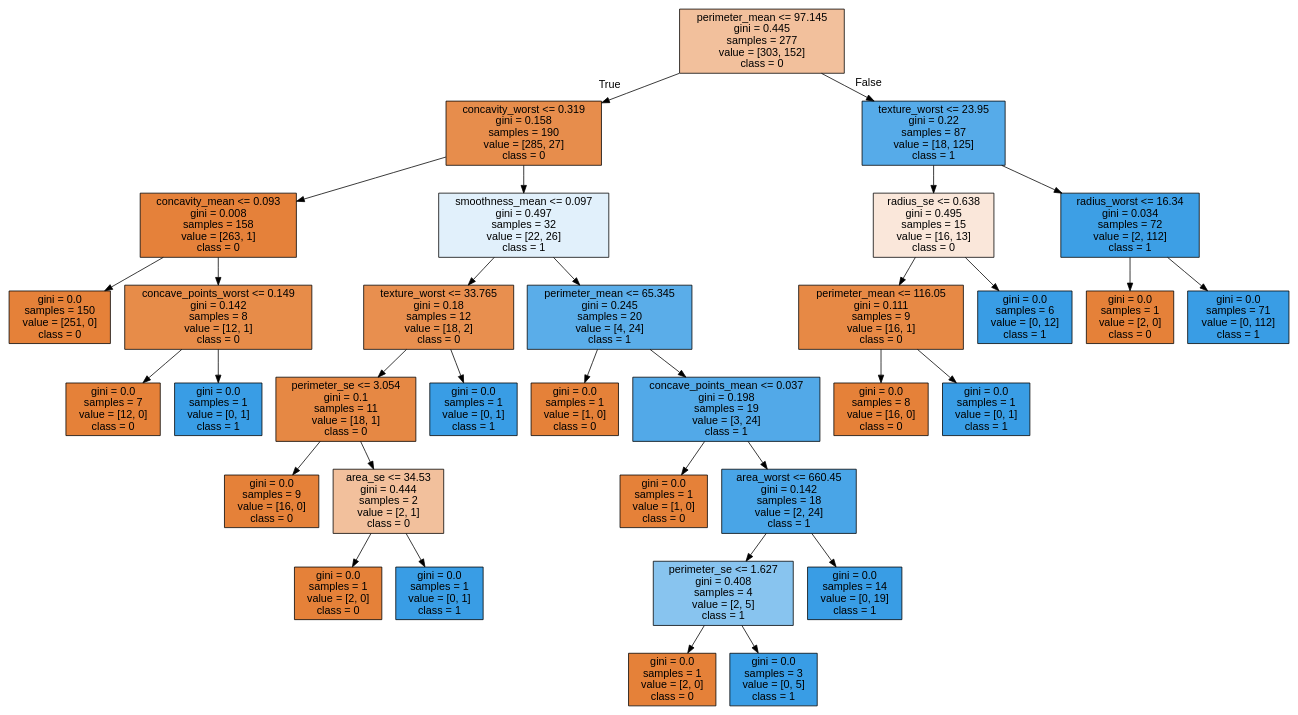
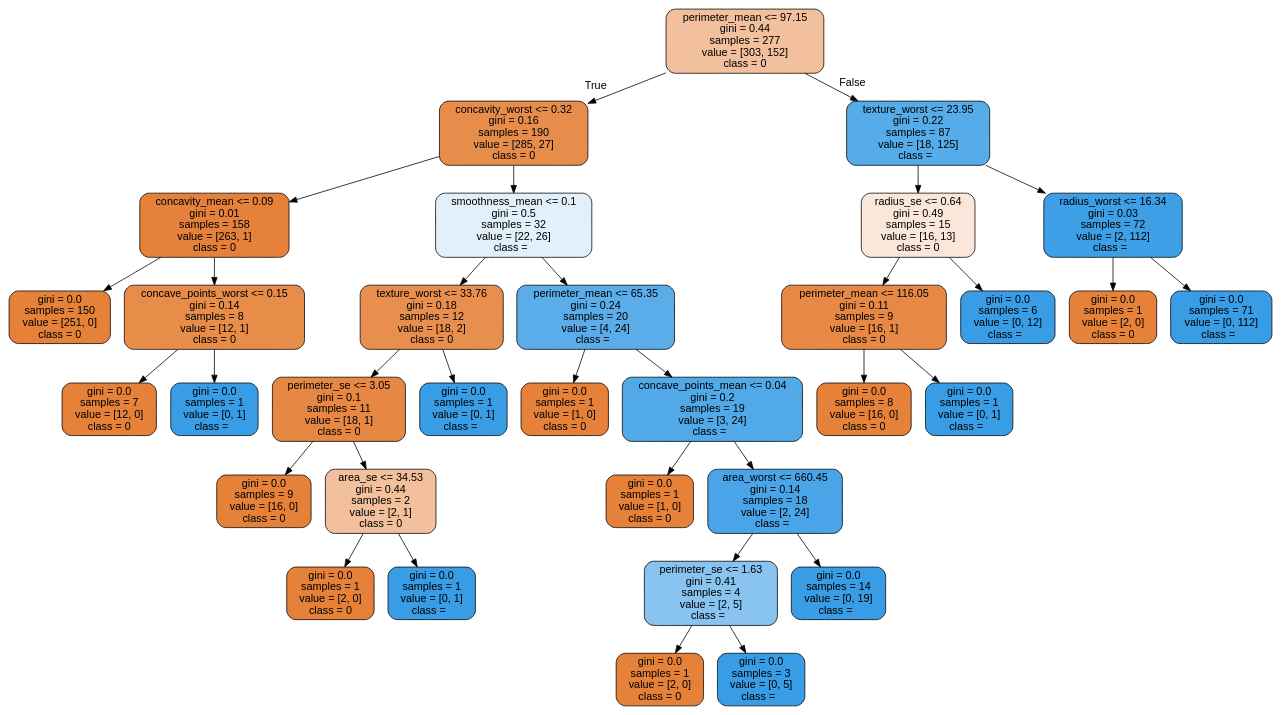
The diagram in data/breast-cancer/tree.dot (cyrilvincent/ML), drawn with Graphviz before and after one commit. The commit also changed 2 other files, not shown here.

```diff
--- a/data/breast-cancer/tree.dot
+++ b/data/breast-cancer/tree.dot
@@ -1,69 +1,69 @@
 digraph Tree {
-node [shape=box, style="filled", color="black", fontname="helvetica"] ;
+node [shape=box, style="filled, rounded", color="black", fontname="helvetica"] ;
 edge [fontname="helvetica"] ;
-0 [label="perimeter_mean <= 97.145\ngini = 0.445\nsamples = 277\nvalue = [303, 152]\nclass = 0", fillcolor="#f2c09c"] ;
-1 [label="concavity_worst <= 0.319\ngini = 0.158\nsamples = 190\nvalue = [285, 27]\nclass = 0", fillcolor="#e78d4c"] ;
+0 [label="perimeter_mean <= 97.15\ngini = 0.44\nsamples = 277\nvalue = [303, 152]\nclass = 0", fillcolor="#f2c09c"] ;
+1 [label="concavity_worst <= 0.32\ngini = 0.16\nsamples = 190\nvalue = [285, 27]\nclass = 0", fillcolor="#e78d4c"] ;
 0 -> 1 [labeldistance=2.5, labelangle=45, headlabel="True"] ;
-2 [label="concavity_mean <= 0.093\ngini = 0.008\nsamples = 158\nvalue = [263, 1]\nclass = 0", fillcolor="#e5813a"] ;
+2 [label="concavity_mean <= 0.09\ngini = 0.01\nsamples = 158\nvalue = [263, 1]\nclass = 0", fillcolor="#e5813a"] ;
 1 -> 2 ;
 3 [label="gini = 0.0\nsamples = 150\nvalue = [251, 0]\nclass = 0", fillcolor="#e58139"] ;
 2 -> 3 ;
-4 [label="concave_points_worst <= 0.149\ngini = 0.142\nsamples = 8\nvalue = [12, 1]\nclass = 0", fillcolor="#e78c49"] ;
+4 [label="concave_points_worst <= 0.15\ngini = 0.14\nsamples = 8\nvalue = [12, 1]\nclass = 0", fillcolor="#e78c49"] ;
 2 -> 4 ;
 5 [label="gini = 0.0\nsamples = 7\nvalue = [12, 0]\nclass = 0", fillcolor="#e58139"] ;
 4 -> 5 ;
-6 [label="gini = 0.0\nsamples = 1\nvalue = [0, 1]\nclass = 1", fillcolor="#399de5"] ;
+6 [label="gini = 0.0\nsamples = 1\nvalue = [0, 1]\nclass =  ", fillcolor="#399de5"] ;
 4 -> 6 ;
-7 [label="smoothness_mean <= 0.097\ngini = 0.497\nsamples = 32\nvalue = [22, 26]\nclass = 1", fillcolor="#e1f0fb"] ;
+7 [label="smoothness_mean <= 0.1\ngini = 0.5\nsamples = 32\nvalue = [22, 26]\nclass =  ", fillcolor="#e1f0fb"] ;
 1 -> 7 ;
-8 [label="texture_worst <= 33.765\ngini = 0.18\nsamples = 12\nvalue = [18, 2]\nclass = 0", fillcolor="#e88f4f"] ;
+8 [label="texture_worst <= 33.76\ngini = 0.18\nsamples = 12\nvalue = [18, 2]\nclass = 0", fillcolor="#e88f4f"] ;
 7 -> 8 ;
-9 [label="perimeter_se <= 3.054\ngini = 0.1\nsamples = 11\nvalue = [18, 1]\nclass = 0", fillcolor="#e68844"] ;
+9 [label="perimeter_se <= 3.05\ngini = 0.1\nsamples = 11\nvalue = [18, 1]\nclass = 0", fillcolor="#e68844"] ;
 8 -> 9 ;
 10 [label="gini = 0.0\nsamples = 9\nvalue = [16, 0]\nclass = 0", fillcolor="#e58139"] ;
 9 -> 10 ;
-11 [label="area_se <= 34.53\ngini = 0.444\nsamples = 2\nvalue = [2, 1]\nclass = 0", fillcolor="#f2c09c"] ;
+11 [label="area_se <= 34.53\ngini = 0.44\nsamples = 2\nvalue = [2, 1]\nclass = 0", fillcolor="#f2c09c"] ;
 9 -> 11 ;
 12 [label="gini = 0.0\nsamples = 1\nvalue = [2, 0]\nclass = 0", fillcolor="#e58139"] ;
 11 -> 12 ;
-13 [label="gini = 0.0\nsamples = 1\nvalue = [0, 1]\nclass = 1", fillcolor="#399de5"] ;
+13 [label="gini = 0.0\nsamples = 1\nvalue = [0, 1]\nclass =  ", fillcolor="#399de5"] ;
 11 -> 13 ;
-14 [label="gini = 0.0\nsamples = 1\nvalue = [0, 1]\nclass = 1", fillcolor="#399de5"] ;
+14 [label="gini = 0.0\nsamples = 1\nvalue = [0, 1]\nclass =  ", fillcolor="#399de5"] ;
 8 -> 14 ;
-15 [label="perimeter_mean <= 65.345\ngini = 0.245\nsamples = 20\nvalue = [4, 24]\nclass = 1", fillcolor="#5aade9"] ;
+15 [label="perimeter_mean <= 65.35\ngini = 0.24\nsamples = 20\nvalue = [4, 24]\nclass =  ", fillcolor="#5aade9"] ;
 7 -> 15 ;
 16 [label="gini = 0.0\nsamples = 1\nvalue = [1, 0]\nclass = 0", fillcolor="#e58139"] ;
 15 -> 16 ;
-17 [label="concave_points_mean <= 0.037\ngini = 0.198\nsamples = 19\nvalue = [3, 24]\nclass = 1", fillcolor="#52a9e8"] ;
+17 [label="concave_points_mean <= 0.04\ngini = 0.2\nsamples = 19\nvalue = [3, 24]\nclass =  ", fillcolor="#52a9e8"] ;
 15 -> 17 ;
 18 [label="gini = 0.0\nsamples = 1\nvalue = [1, 0]\nclass = 0", fillcolor="#e58139"] ;
 17 -> 18 ;
-19 [label="area_worst <= 660.45\ngini = 0.142\nsamples = 18\nvalue = [2, 24]\nclass = 1", fillcolor="#49a5e7"] ;
+19 [label="area_worst <= 660.45\ngini = 0.14\nsamples = 18\nvalue = [2, 24]\nclass =  ", fillcolor="#49a5e7"] ;
 17 -> 19 ;
-20 [label="perimeter_se <= 1.627\ngini = 0.408\nsamples = 4\nvalue = [2, 5]\nclass = 1", fillcolor="#88c4ef"] ;
+20 [label="perimeter_se <= 1.63\ngini = 0.41\nsamples = 4\nvalue = [2, 5]\nclass =  ", fillcolor="#88c4ef"] ;
 19 -> 20 ;
 21 [label="gini = 0.0\nsamples = 1\nvalue = [2, 0]\nclass = 0", fillcolor="#e58139"] ;
 20 -> 21 ;
-22 [label="gini = 0.0\nsamples = 3\nvalue = [0, 5]\nclass = 1", fillcolor="#399de5"] ;
+22 [label="gini = 0.0\nsamples = 3\nvalue = [0, 5]\nclass =  ", fillcolor="#399de5"] ;
 20 -> 22 ;
-23 [label="gini = 0.0\nsamples = 14\nvalue = [0, 19]\nclass = 1", fillcolor="#399de5"] ;
+23 [label="gini = 0.0\nsamples = 14\nvalue = [0, 19]\nclass =  ", fillcolor="#399de5"] ;
 19 -> 23 ;
-24 [label="texture_worst <= 23.95\ngini = 0.22\nsamples = 87\nvalue = [18, 125]\nclass = 1", fillcolor="#56abe9"] ;
+24 [label="texture_worst <= 23.95\ngini = 0.22\nsamples = 87\nvalue = [18, 125]\nclass =  ", fillcolor="#56abe9"] ;
 0 -> 24 [labeldistance=2.5, labelangle=-45, headlabel="False"] ;
-25 [label="radius_se <= 0.638\ngini = 0.495\nsamples = 15\nvalue = [16, 13]\nclass = 0", fillcolor="#fae7da"] ;
+25 [label="radius_se <= 0.64\ngini = 0.49\nsamples = 15\nvalue = [16, 13]\nclass = 0", fillcolor="#fae7da"] ;
 24 -> 25 ;
-26 [label="perimeter_mean <= 116.05\ngini = 0.111\nsamples = 9\nvalue = [16, 1]\nclass = 0", fillcolor="#e78945"] ;
+26 [label="perimeter_mean <= 116.05\ngini = 0.11\nsamples = 9\nvalue = [16, 1]\nclass = 0", fillcolor="#e78945"] ;
 25 -> 26 ;
 27 [label="gini = 0.0\nsamples = 8\nvalue = [16, 0]\nclass = 0", fillcolor="#e58139"] ;
 26 -> 27 ;
-28 [label="gini = 0.0\nsamples = 1\nvalue = [0, 1]\nclass = 1", fillcolor="#399de5"] ;
+28 [label="gini = 0.0\nsamples = 1\nvalue = [0, 1]\nclass =  ", fillcolor="#399de5"] ;
 26 -> 28 ;
-29 [label="gini = 0.0\nsamples = 6\nvalue = [0, 12]\nclass = 1", fillcolor="#399de5"] ;
+29 [label="gini = 0.0\nsamples = 6\nvalue = [0, 12]\nclass =  ", fillcolor="#399de5"] ;
 25 -> 29 ;
-30 [label="radius_worst <= 16.34\ngini = 0.034\nsamples = 72\nvalue = [2, 112]\nclass = 1", fillcolor="#3d9fe5"] ;
+30 [label="radius_worst <= 16.34\ngini = 0.03\nsamples = 72\nvalue = [2, 112]\nclass =  ", fillcolor="#3d9fe5"] ;
 24 -> 30 ;
 31 [label="gini = 0.0\nsamples = 1\nvalue = [2, 0]\nclass = 0", fillcolor="#e58139"] ;
 30 -> 31 ;
-32 [label="gini = 0.0\nsamples = 71\nvalue = [0, 112]\nclass = 1", fillcolor="#399de5"] ;
+32 [label="gini = 0.0\nsamples = 71\nvalue = [0, 112]\nclass =  ", fillcolor="#399de5"] ;
 30 -> 32 ;
 }
```
